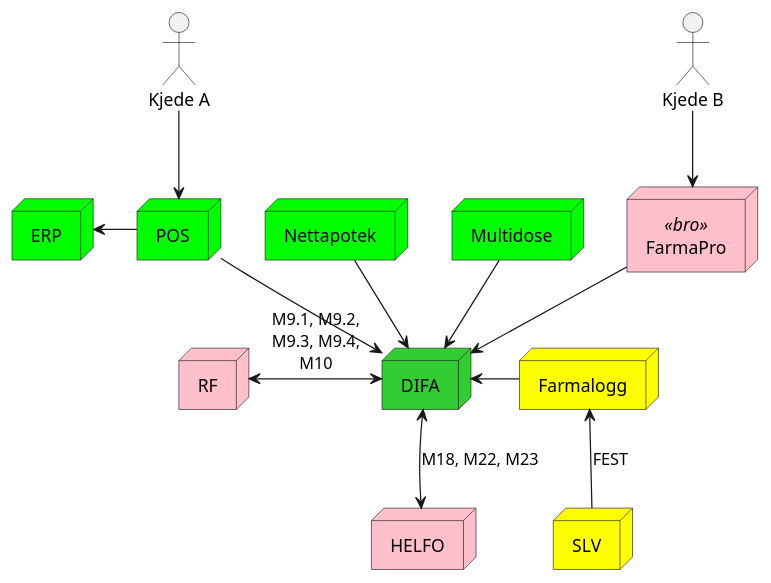
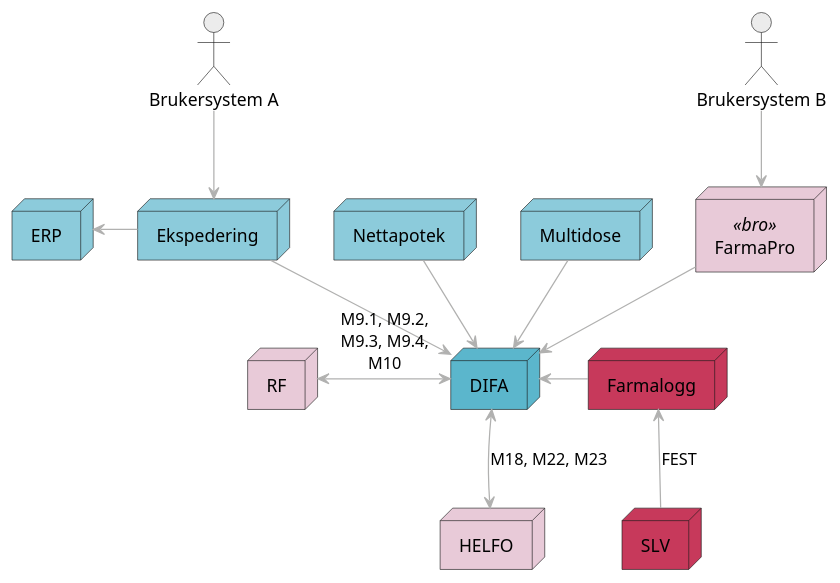
The diagram in doc/uml/context-reseptur-migration.puml (sopra-steria-norge/pharmacy.no), drawn with PlantUML before and after one commit.

Commit message:
fargeendring, context-reseptur-migration

```diff
--- a/doc/uml/context-reseptur-migration.puml
+++ b/doc/uml/context-reseptur-migration.puml
@@ -1,30 +1,33 @@
 @startuml
 
-actor ApotekA as "Kjede A"
-actor ApotekB as "Kjede B"
+skinparam ArrowColor #b1b1b0
+skinparam BorderColor #b1b1b0
 
-node POS #lime
-node ERP #lime
-node DIFA #limegreen
-node RF #pink
-node Farmalogg #yellow
-node SLV #yellow
-node HELFO #pink
-node Nettapotek #lime
-node Multidose #lime
-node FarmaPro <<bro>> #pink
+actor ApotekA as "Brukersystem A" #ececec
+actor ApotekB as "Brukersystem B" #ececec
 
-ApotekA -down-> POS
-POS -down-> DIFA
-POS -left-> ERP
+node Ekspedering #8ccbdb
+node ERP #8ccbdb
+node DIFA #5bb6cc
+node RF #e8cad8
+node Farmalogg #c7395b
+node SLV #c7395b
+node HELFO #e8cad8
+node Nettapotek #8ccbdb
+node Multidose #8ccbdb
+node FarmaPro <<bro>> #e8cad8
+
+ApotekA -down-> Ekspedering
+Ekspedering -down-> DIFA
+Ekspedering -left-> ERP
 Nettapotek -down-> DIFA
 Multidose -down-> DIFA
 ApotekB -down-> FarmaPro
 FarmaPro -down-> DIFA
 DIFA <-left-> RF: M9.1, M9.2,\nM9.3, M9.4,\nM10
 DIFA <-right- Farmalogg
 Farmalogg <-down- SLV: FEST
 DIFA <-down-> HELFO: M18, M22, M23
 
 
 @enduml
```
